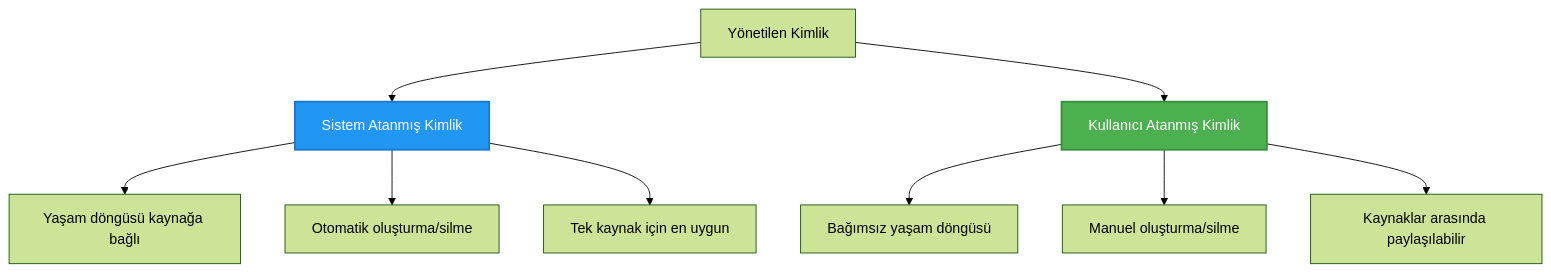
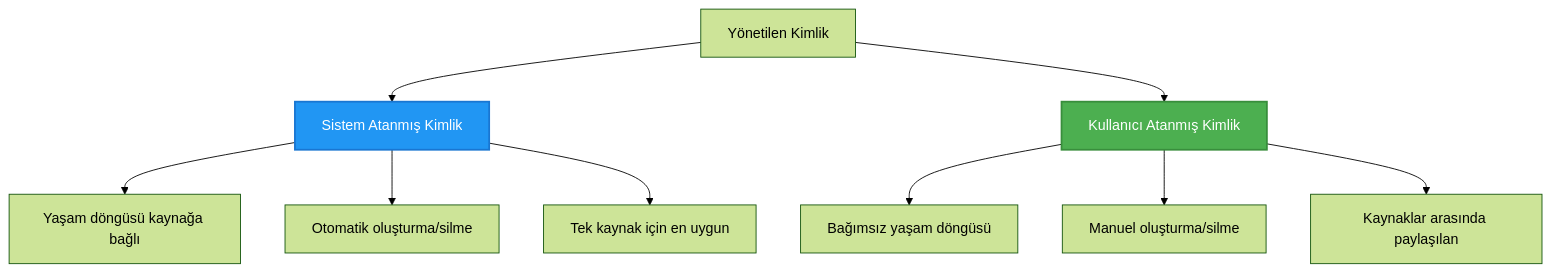
Before and after one commit to microsoft/AZD-for-beginners: the second of 2 diagrams in translations/tr/docs/chapter-03-configuration/authsecurity.md, drawn with Mermaid (forest theme). The commit also changed other lines of this file and 104 other files, not shown here.

````diff
--- a/translations/tr/docs/chapter-03-configuration/authsecurity.md
+++ b/translations/tr/docs/chapter-03-configuration/authsecurity.md
@@ -97,20 +98,20 @@
 ```mermaid
 graph TB
     MI[Yönetilen Kimlik]
     SystemAssigned[Sistem Atanmış Kimlik]
     UserAssigned[Kullanıcı Atanmış Kimlik]
     
     MI --> SystemAssigned
     MI --> UserAssigned
     
     SystemAssigned --> SA1[Yaşam döngüsü kaynağa bağlı]
     SystemAssigned --> SA2[Otomatik oluşturma/silme]
     SystemAssigned --> SA3[Tek kaynak için en uygun]
     
     UserAssigned --> UA1[Bağımsız yaşam döngüsü]
     UserAssigned --> UA2[Manuel oluşturma/silme]
-    UserAssigned --> UA3[Kaynaklar arasında paylaşılabilir]
+    UserAssigned --> UA3[Kaynaklar arasında paylaşılan]
     
     style SystemAssigned fill:#2196F3,stroke:#1976D2,stroke-width:2px,color:#fff
     style UserAssigned fill:#4CAF50,stroke:#388E3C,stroke-width:2px,color:#fff
 ```
````
